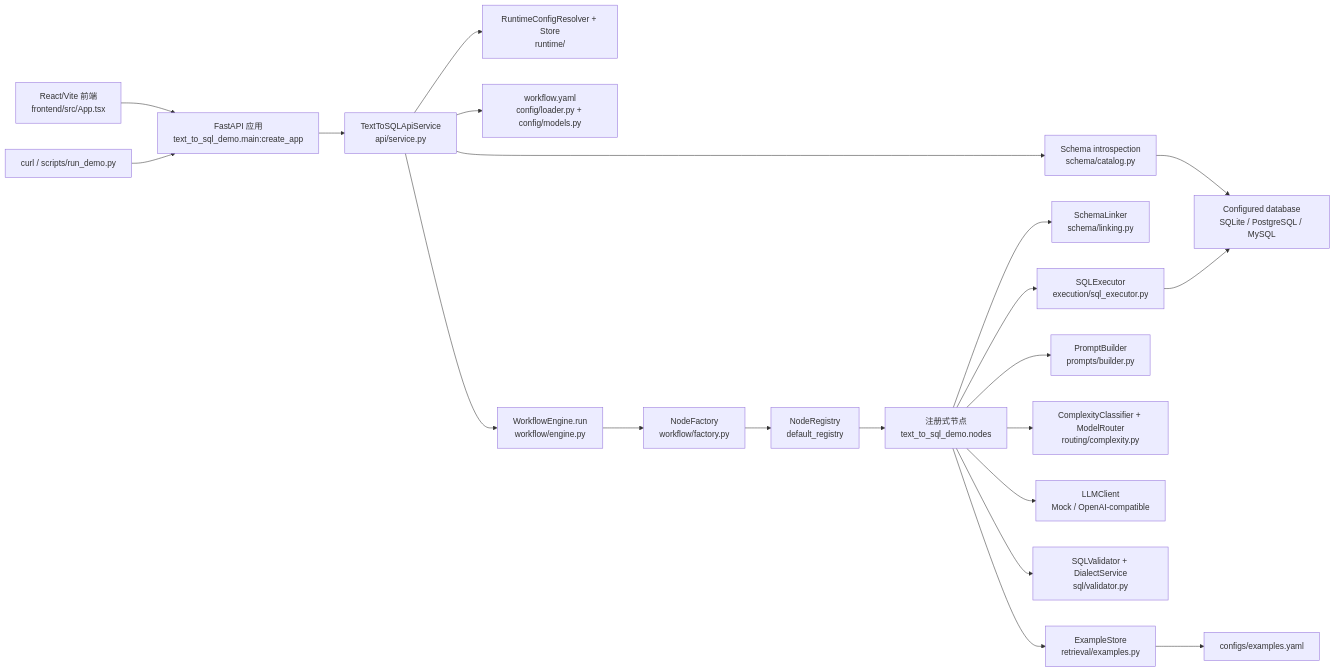
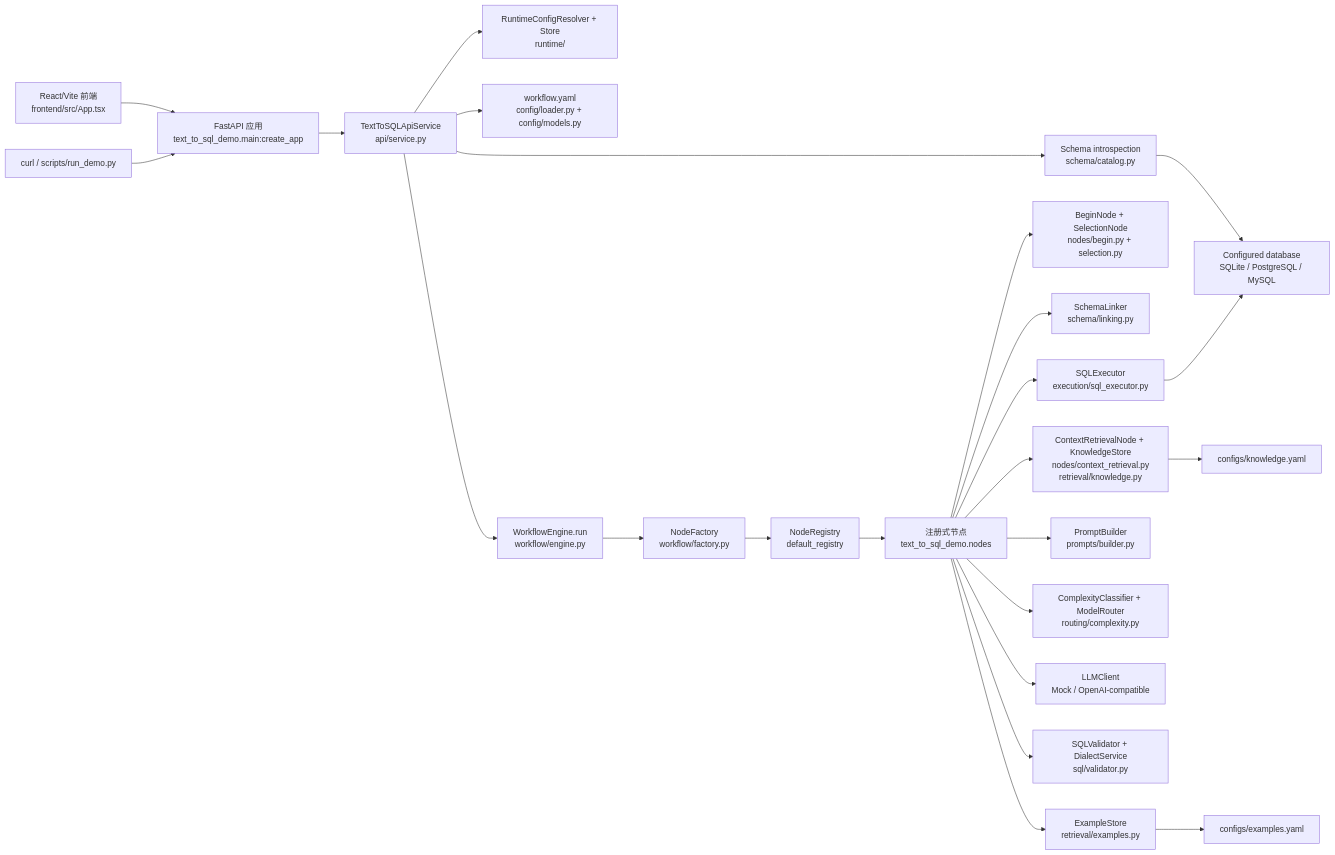
Before and after one commit to lingyunjie321/text-to-sql-lite: the diagram in docs/整体架构.md, drawn with Mermaid. The commit also changed other lines of this file and 26 other files, not shown here.

````diff
--- a/docs/整体架构.md
+++ b/docs/整体架构.md
@@ -87,27 +91,30 @@
 ```mermaid
 graph LR
     Browser["React/Vite 前端\nfrontend/src/App.tsx"] --> Api["FastAPI 应用\ntext_to_sql_demo.main:create_app"]
     Curl["curl / scripts/run_demo.py"] --> Api
 
     Api --> Service["TextToSQLApiService\napi/service.py"]
     Service --> Runtime["RuntimeConfigResolver + Store\nruntime/"]
     Service --> Config["workflow.yaml\nconfig/loader.py + config/models.py"]
     Service --> Schema["Schema introspection\nschema/catalog.py"]
     Service --> Engine["WorkflowEngine.run\nworkflow/engine.py"]
 
     Engine --> Factory["NodeFactory\nworkflow/factory.py"]
     Factory --> Registry["NodeRegistry\ndefault_registry"]
     Registry --> Nodes["注册式节点\ntext_to_sql_demo.nodes"]
 
+    Nodes --> Begin["BeginNode + SelectionNode\nnodes/begin.py + selection.py"]
     Nodes --> Linking["SchemaLinker\nschema/linking.py"]
+    Nodes --> Knowledge["ContextRetrievalNode + KnowledgeStore\nnodes/context_retrieval.py\nretrieval/knowledge.py"]
     Nodes --> Retrieval["ExampleStore\nretrieval/examples.py"]
     Nodes --> Prompt["PromptBuilder\nprompts/builder.py"]
     Nodes --> Router["ComplexityClassifier + ModelRouter\nrouting/complexity.py"]
     Nodes --> LLM["LLMClient\nMock / OpenAI-compatible"]
     Nodes --> Validator["SQLValidator + DialectService\nsql/validator.py"]
     Nodes --> Executor["SQLExecutor\nexecution/sql_executor.py"]
 
     Schema --> DB["Configured database\nSQLite / PostgreSQL / MySQL"]
     Executor --> DB
     Retrieval --> Examples["configs/examples.yaml"]
+    Knowledge --> KnowledgeYaml["configs/knowledge.yaml"]
 ```
````
